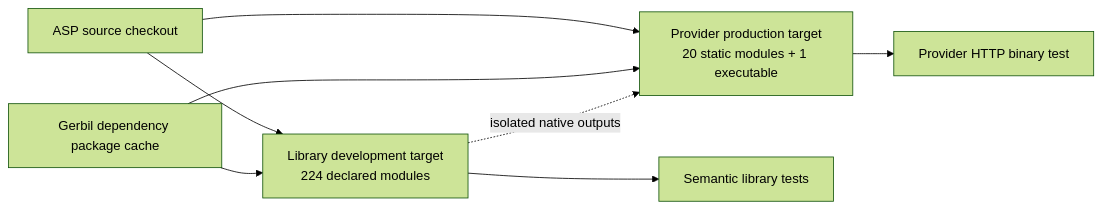
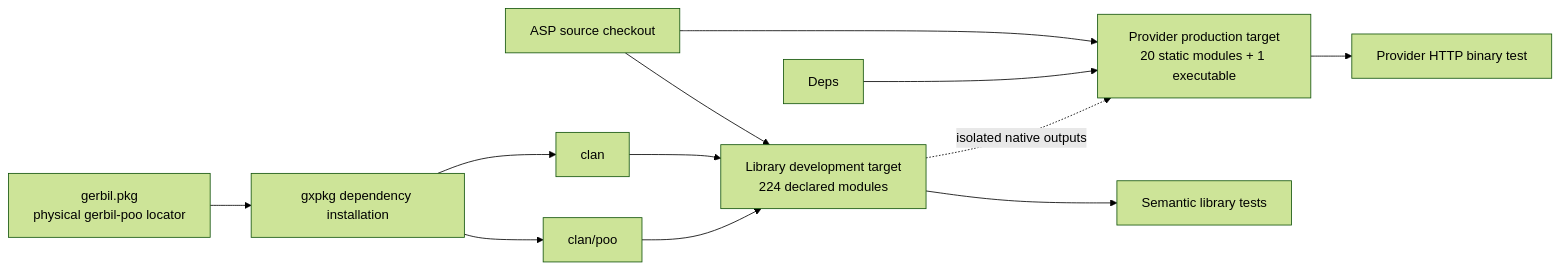
One commit to tao3k/asp-gerbil-scheme changed the third of 5 diagrams in docs/30-39-building/31.07-native-gerbil-declarative-boundary.org. Above: the diagram before and after it, drawn with Mermaid (forest theme). The commit also changed other lines of this file and 9 other files, not shown here.

```diff
--- a/docs/30-39-building/31.07-native-gerbil-declarative-boundary.org
+++ b/docs/30-39-building/31.07-native-gerbil-declarative-boundary.org
@@ -113,10 +116,14 @@
 #+begin_src mermaid
 flowchart LR
+    Manifest["gerbil.pkg<br/>physical gerbil-poo locator"] --> Gxpkg[gxpkg dependency installation]
+    Gxpkg --> Clan[clan]
+    Gxpkg --> POO[clan/poo]
     Source[ASP source checkout] --> Library[Library development target<br/>224 declared modules]
     Source --> Provider[Provider production target<br/>20 static modules + 1 executable]
-    Deps[Gerbil dependency package cache] --> Library
+    Clan --> Library
+    POO --> Library
     Deps --> Provider
     Library --> LibraryTests[Semantic library tests]
     Provider --> ProviderTest[Provider HTTP binary test]
     Library -. isolated native outputs .-> Provider
 #+end_src
```
